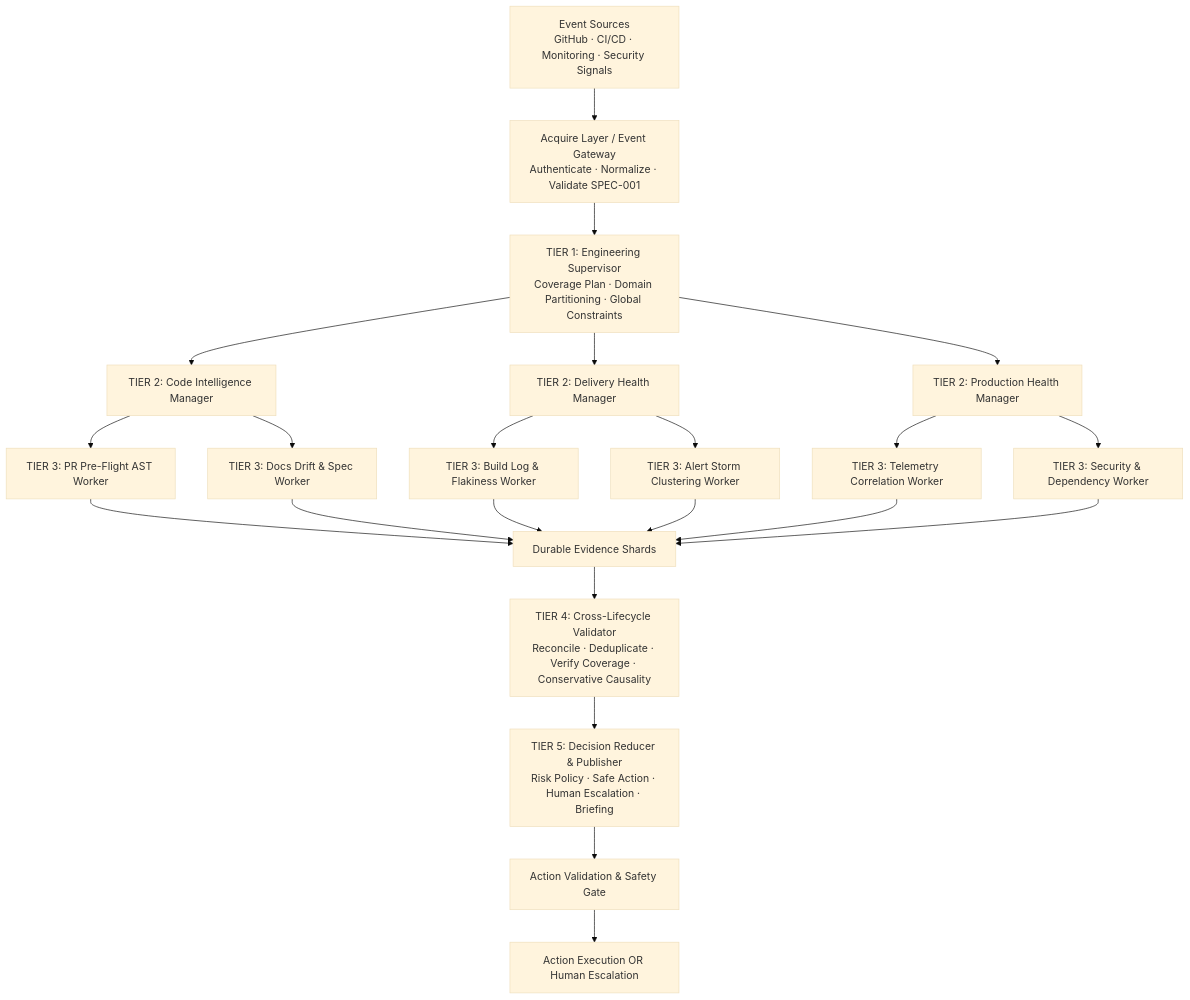
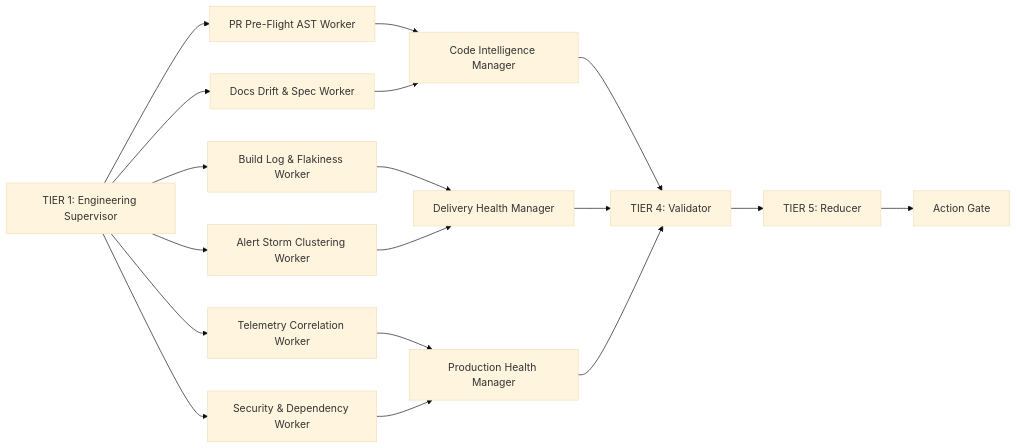
The first of 2 diagrams in docs/ARCHITECTURE.md (asifdotpy/forge-mind), drawn with Mermaid (base theme) before and after one commit. The commit also changed other lines of this file and 1 other file, not shown here.

First line of the commit message:
docs: fix architecture flow diagram to show correct execution order

````diff
--- a/docs/ARCHITECTURE.md
+++ b/docs/ARCHITECTURE.md
@@ -7,31 +8,40 @@
 ```mermaid
-flowchart TB
-    ES["Event Sources<br>GitHub · CI/CD · Monitoring · Security Signals"] --> EG["Acquire Layer / Event Gateway<br>Authenticate · Normalize · Validate SPEC-001"]
-    EG --> SUP["TIER 1: Engineering Supervisor<br>Coverage Plan · Domain Partitioning · Global Constraints"]
+flowchart LR
+    SUP["TIER 1: Engineering Supervisor"]
 
-    SUP --> CIM["TIER 2: Code Intelligence Manager"]
-    SUP --> DHM["TIER 2: Delivery Health Manager"]
-    SUP --> PHM["TIER 2: Production Health Manager"]
+    PR["PR Pre-Flight AST Worker"]
+    DOC["Docs Drift & Spec Worker"]
+    BUILD["Build Log & Flakiness Worker"]
+    ALERT["Alert Storm Clustering Worker"]
+    TEL["Telemetry Correlation Worker"]
+    SEC["Security & Dependency Worker"]
 
-    CIM --> PR["TIER 3: PR Pre-Flight AST Worker"]
-    CIM --> DOC["TIER 3: Docs Drift & Spec Worker"]
+    CIM["Code Intelligence Manager"]
+    DHM["Delivery Health Manager"]
+    PHM["Production Health Manager"]
 
-    DHM --> BUILD["TIER 3: Build Log & Flakiness Worker"]
-    DHM --> ALERT["TIER 3: Alert Storm Clustering Worker"]
+    VAL["TIER 4: Validator"]
+    RED["TIER 5: Reducer"]
+    GATE["Action Gate"]
 
-    PHM --> TEL["TIER 3: Telemetry Correlation Worker"]
-    PHM --> SEC["TIER 3: Security & Dependency Worker"]
+    SUP --> PR
+    SUP --> DOC
+    SUP --> BUILD
+    SUP --> ALERT
+    SUP --> TEL
+    SUP --> SEC
 
-    PR --> EV["Durable Evidence Shards"]
-    DOC --> EV
-    BUILD --> EV
-    ALERT --> EV
-    TEL --> EV
-    SEC --> EV
+    PR --> CIM
+    DOC --> CIM
+    BUILD --> DHM
+    ALERT --> DHM
+    TEL --> PHM
+    SEC --> PHM
 
-    EV --> VAL["TIER 4: Cross-Lifecycle Validator<br>Reconcile · Deduplicate · Verify Coverage · Conservative Causality"]
-    VAL --> RED["TIER 5: Decision Reducer & Publisher<br>Risk Policy · Safe Action · Human Escalation · Briefing"]
+    CIM --> VAL
+    DHM --> VAL
+    PHM --> VAL
 
-    RED --> ACT["Action Validation & Safety Gate"]
-    ACT --> OUT["Action Execution OR Human Escalation"]
+    VAL --> RED
+    RED --> GATE
 ```
````
